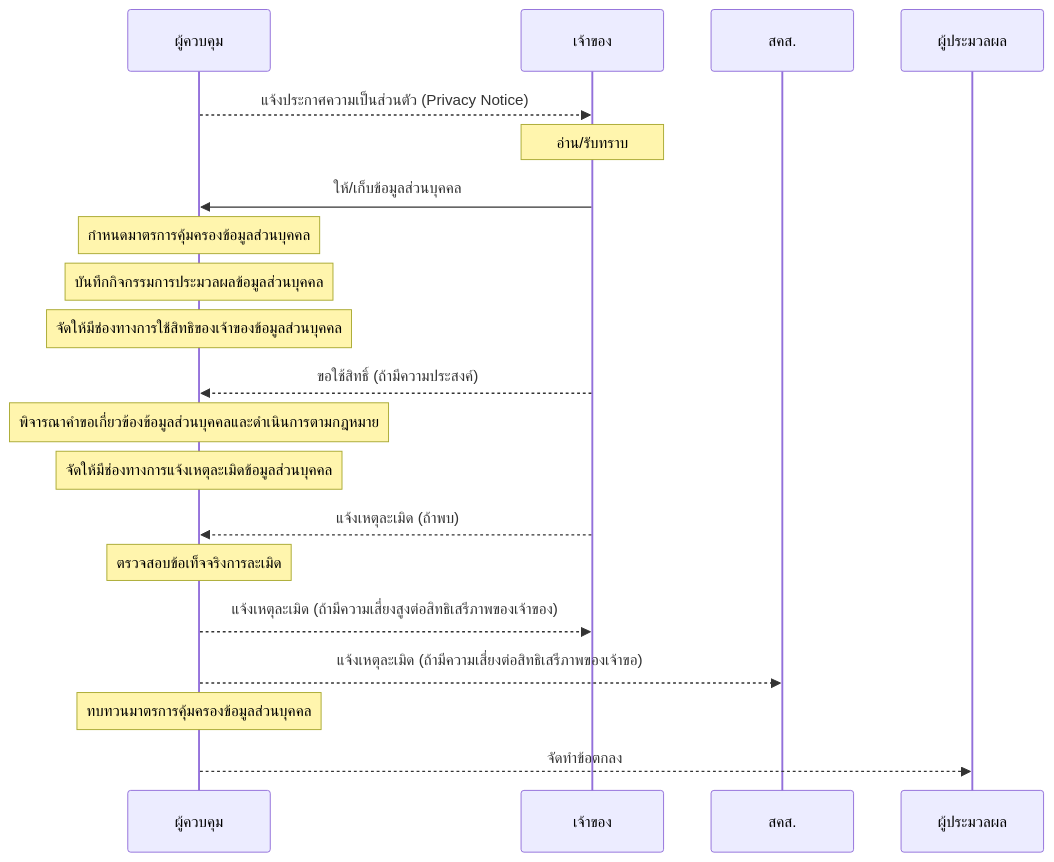
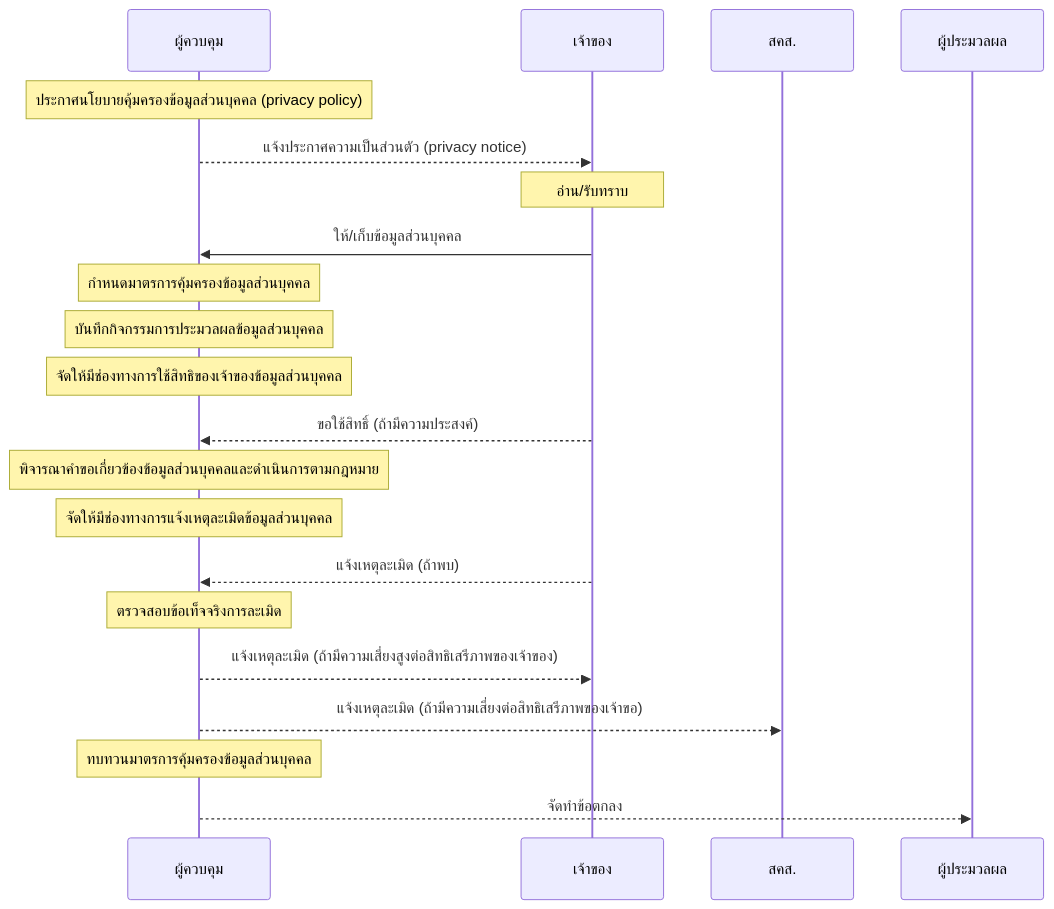
The first of 3 diagrams in README.md (Kietpawpan/pdpa), drawn with Mermaid before and after one commit.

````diff
--- a/README.md
+++ b/README.md
@@ -4,18 +4,19 @@
 ```mermaid
 sequenceDiagram
-	ผู้ควบคุม-->>เจ้าของ: แจ้งประกาศความเป็นส่วนตัว (Privacy Notice)
+	Note over ผู้ควบคุม: ประกาศนโยบายคุ้มครองข้อมูลส่วนบุคคล (privacy policy)
+	ผู้ควบคุม-->>เจ้าของ: แจ้งประกาศความเป็นส่วนตัว (privacy notice)
 	Note over เจ้าของ: อ่าน/รับทราบ
 	เจ้าของ->>ผู้ควบคุม:ให้/เก็บข้อมูลส่วนบุคคล
 	Note over ผู้ควบคุม: กำหนดมาตรการคุ้มครองข้อมูลส่วนบุคคล
 	Note over ผู้ควบคุม: บันทึกกิจกรรมการประมวลผลข้อมูลส่วนบุคคล
 	Note over ผู้ควบคุม: จัดให้มีช่องทางการใช้สิทธิของเจ้าของข้อมูลส่วนบุคคล
 	เจ้าของ-->>ผู้ควบคุม:ขอใช้สิทธิ์ (ถ้ามีความประสงค์)
 	Note over ผู้ควบคุม: พิจารณาคำขอเกี่ยวข้องข้อมูลส่วนบุคคลและดำเนินการตามกฎหมาย
 	Note over ผู้ควบคุม: จัดให้มีช่องทางการแจ้งเหตุละเมิดข้อมูลส่วนบุคคล
 	เจ้าของ-->>ผู้ควบคุม:แจ้งเหตุละเมิด (ถ้าพบ)
 	Note over ผู้ควบคุม: ตรวจสอบข้อเท็จจริงการละเมิด
 	ผู้ควบคุม-->>เจ้าของ: แจ้งเหตุละเมิด (ถ้ามีความเสี่ยงสูงต่อสิทธิเสรีภาพของเจ้าของ)
 	ผู้ควบคุม-->>สคส.: แจ้งเหตุละเมิด (ถ้ามีความเสี่ยงต่อสิทธิเสรีภาพของเจ้าขอ)
 	Note over ผู้ควบคุม: ทบทวนมาตรการคุ้มครองข้อมูลส่วนบุคคล
 	ผู้ควบคุม-->>ผู้ประมวลผล: จัดทำข้อตกลง
 ```
````
